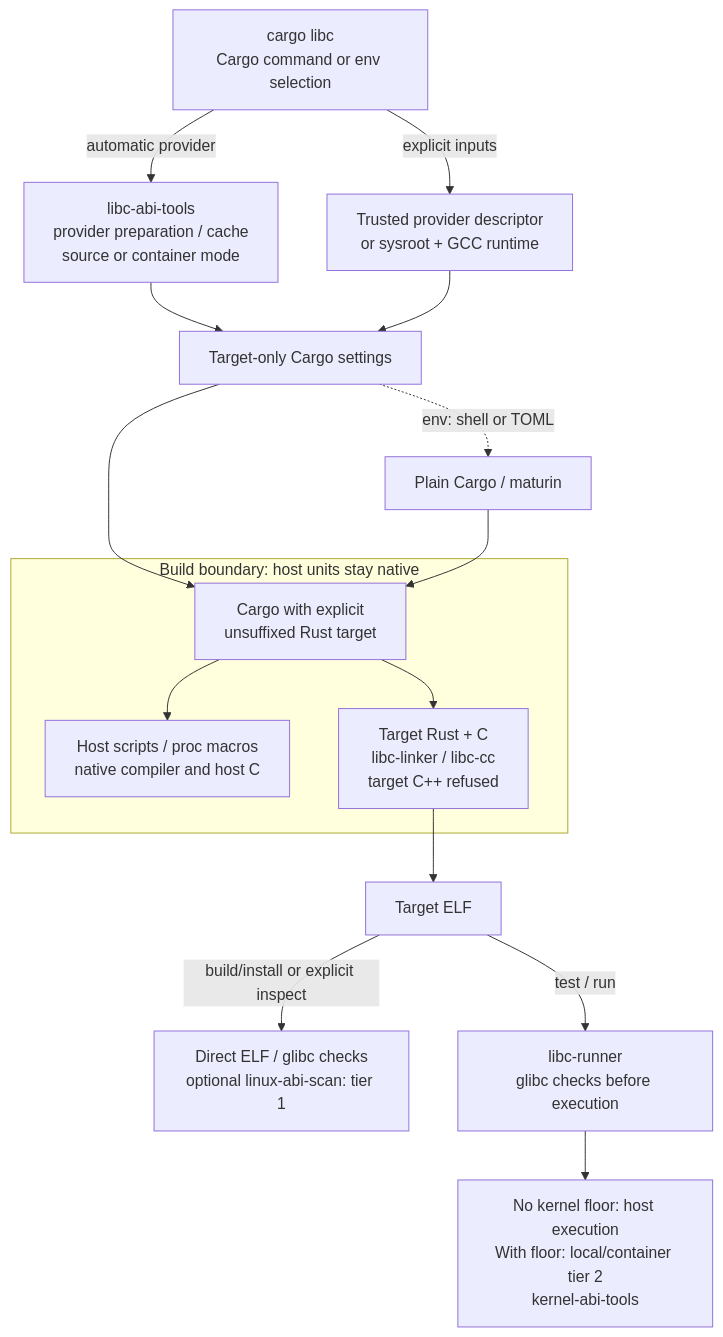
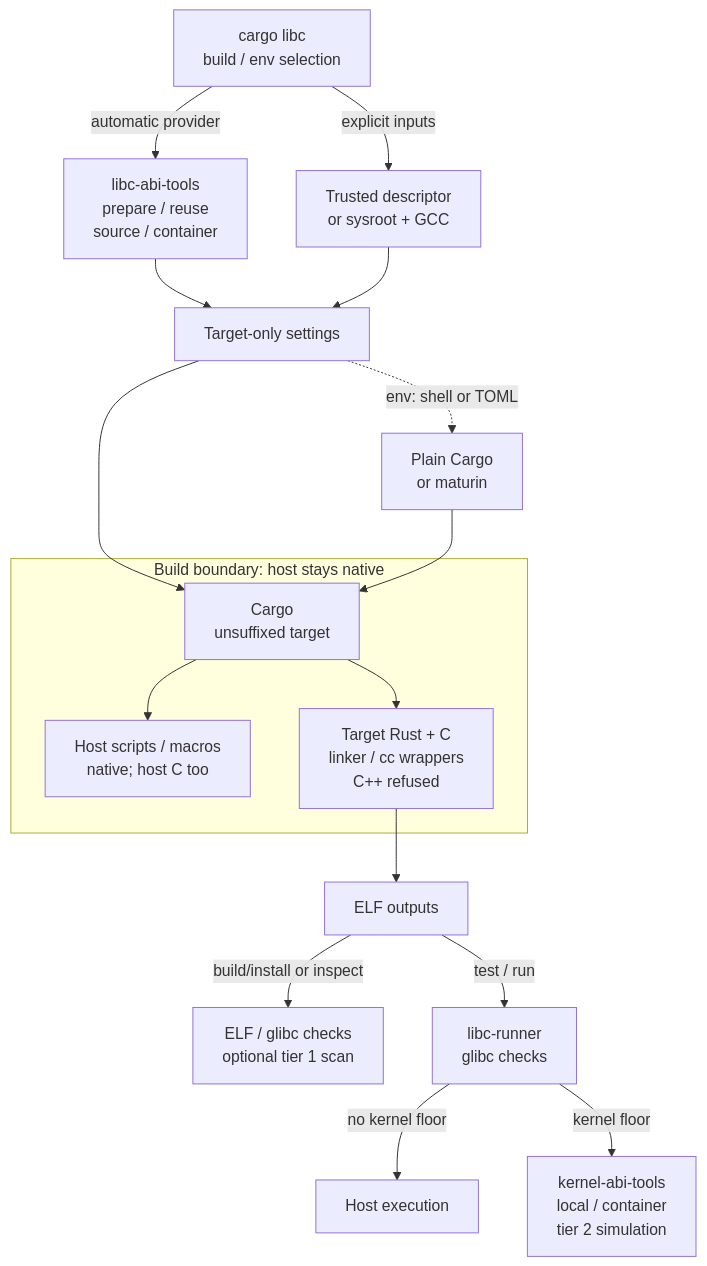
One commit to rustcommons/cargo-libc changed the diagram in ARCHITECTURE.md. Above: the diagram before and after it, drawn with Mermaid. The commit also changed other lines of this file, not shown here.

Commit message:
Keep architecture flow labels compact for rendered reading [skip ci]

````diff
--- a/ARCHITECTURE.md
+++ b/ARCHITECTURE.md
@@ -24,23 +24,24 @@
 ```mermaid
 flowchart TB
-    CLI["cargo libc<br/>Cargo command or env selection"]
-    AUTO["libc-abi-tools<br/>provider preparation / cache<br/>source or container mode"]
-    INPUT["Trusted provider descriptor<br/>or sysroot + GCC runtime"]
-    CFG["Target-only Cargo settings"]
+    CLI["cargo libc<br/>build / env selection"]
+    AUTO["libc-abi-tools<br/>prepare / reuse<br/>source / container"]
+    INPUT["Trusted descriptor<br/>or sysroot + GCC"]
+    CFG["Target-only settings"]
     CLI -->|automatic provider| AUTO
     CLI -->|explicit inputs| INPUT
     AUTO --> CFG
     INPUT --> CFG
     CFG --> CARGO
-    CFG -. "env: shell or TOML" .-> PLAIN["Plain Cargo / maturin"]
+    CFG -. "env: shell or TOML" .-> PLAIN["Plain Cargo<br/>or maturin"]
     PLAIN --> CARGO
-    subgraph BUILD["Build boundary: host units stay native"]
-        CARGO["Cargo with explicit<br/>unsuffixed Rust target"]
-        CARGO --> HOST["Host scripts / proc macros<br/>native compiler and host C"]
-        CARGO --> TARGET["Target Rust + C<br/>libc-linker / libc-cc<br/>target C++ refused"]
+    subgraph BUILD["Build boundary: host stays native"]
+        CARGO["Cargo<br/>unsuffixed target"]
+        CARGO --> HOST["Host scripts / macros<br/>native; host C too"]
+        CARGO --> TARGET["Target Rust + C<br/>linker / cc wrappers<br/>C++ refused"]
     end
-    TARGET --> ELF["Target ELF"]
-    ELF -->|"build/install or explicit inspect"| REPORT["Direct ELF / glibc checks<br/>optional linux-abi-scan: tier 1"]
-    ELF -->|"test / run"| RUNNER["libc-runner<br/>glibc checks before execution"]
-    RUNNER --> EXEC["No kernel floor: host execution<br/>With floor: local/container tier 2<br/>kernel-abi-tools"]
+    TARGET --> ELF["ELF outputs"]
+    ELF -->|"build/install or inspect"| REPORT["ELF / glibc checks<br/>optional tier 1 scan"]
+    ELF -->|"test / run"| RUNNER["libc-runner<br/>glibc checks"]
+    RUNNER -->|no kernel floor| HOSTRUN["Host execution"]
+    RUNNER -->|kernel floor| SIM["kernel-abi-tools<br/>local / container<br/>tier 2 simulation"]
 ```
````
